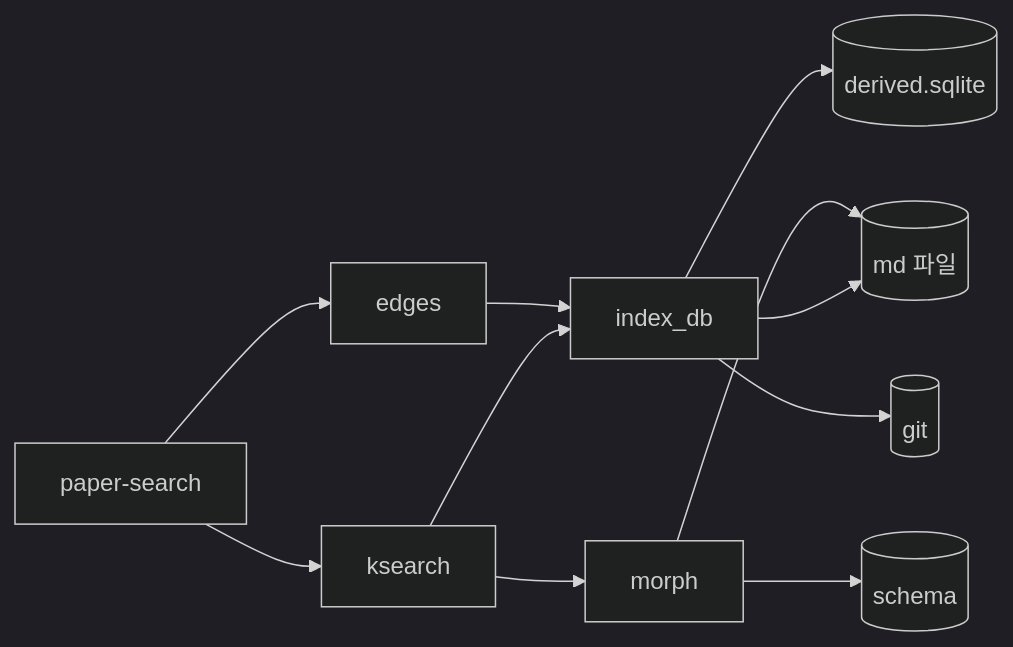
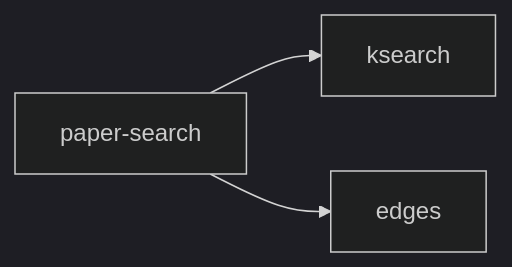
One commit to alteralab/syntopicon changed the fifth of 7 diagrams in core/.agents/review/07-스킬별-종속.md. Above: the diagram before and after it, drawn with Mermaid (dark theme). The commit also changed other lines of this file and 1 other file, not shown here.

````diff
--- a/core/.agents/review/07-스킬별-종속.md
+++ b/core/.agents/review/07-스킬별-종속.md
@@ -181,13 +74,4 @@
 ```mermaid
 graph LR
-    S["paper-search"]
-
-    S --> T1["ksearch"]
-    S --> T2["edges"]
-
-    T1 --> M_idx["index_db"] & M_mor["morph"]
-    T2 --> M_idx
-
-    M_idx --> D_md[("md 파일")] & D_der[("derived.sqlite")] & D_git[("git")]
-    M_mor --> D_md & D_sch[("schema")]
+    S["paper-search"] --> A["ksearch"] & B["edges"]
 ```
````
